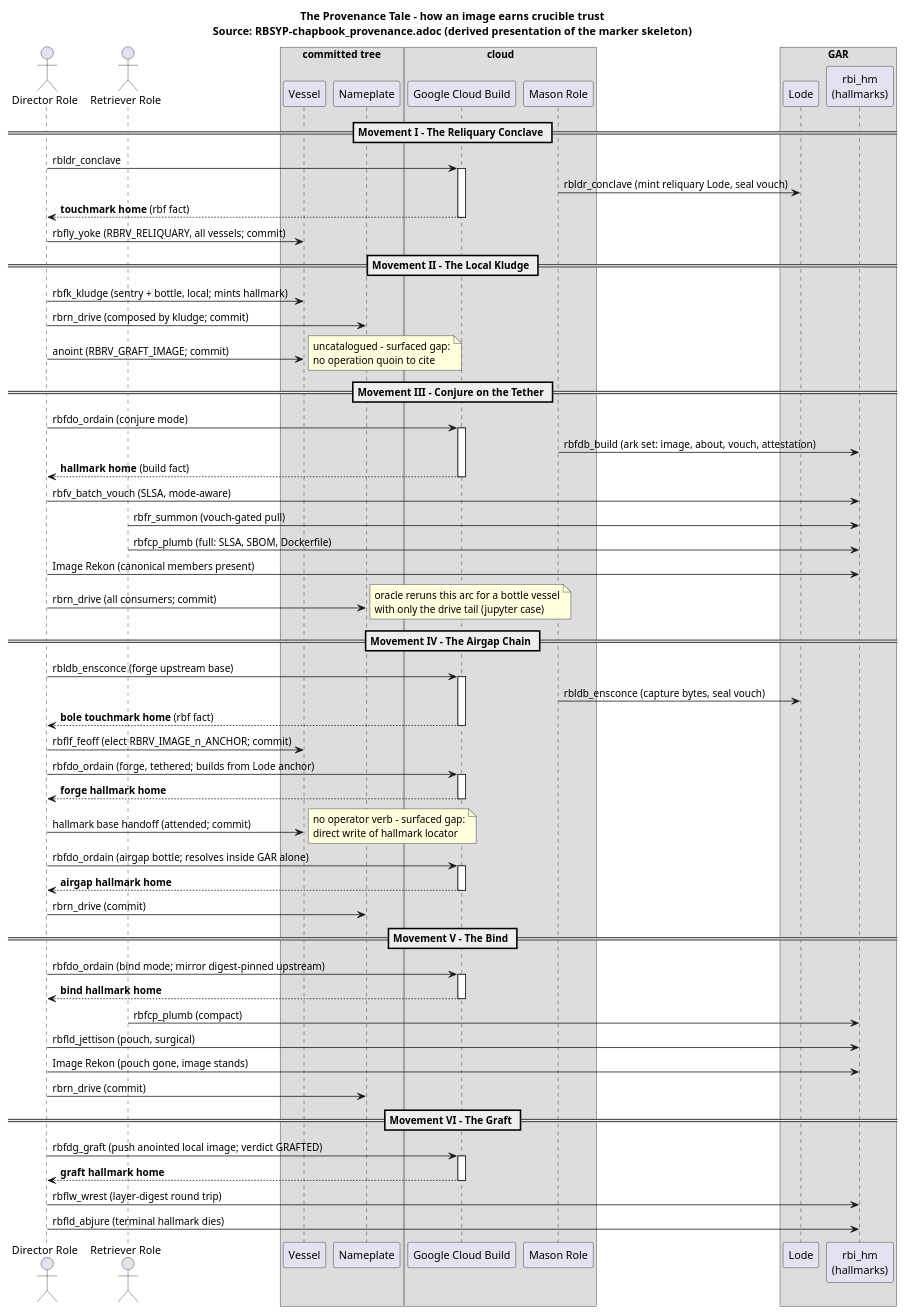
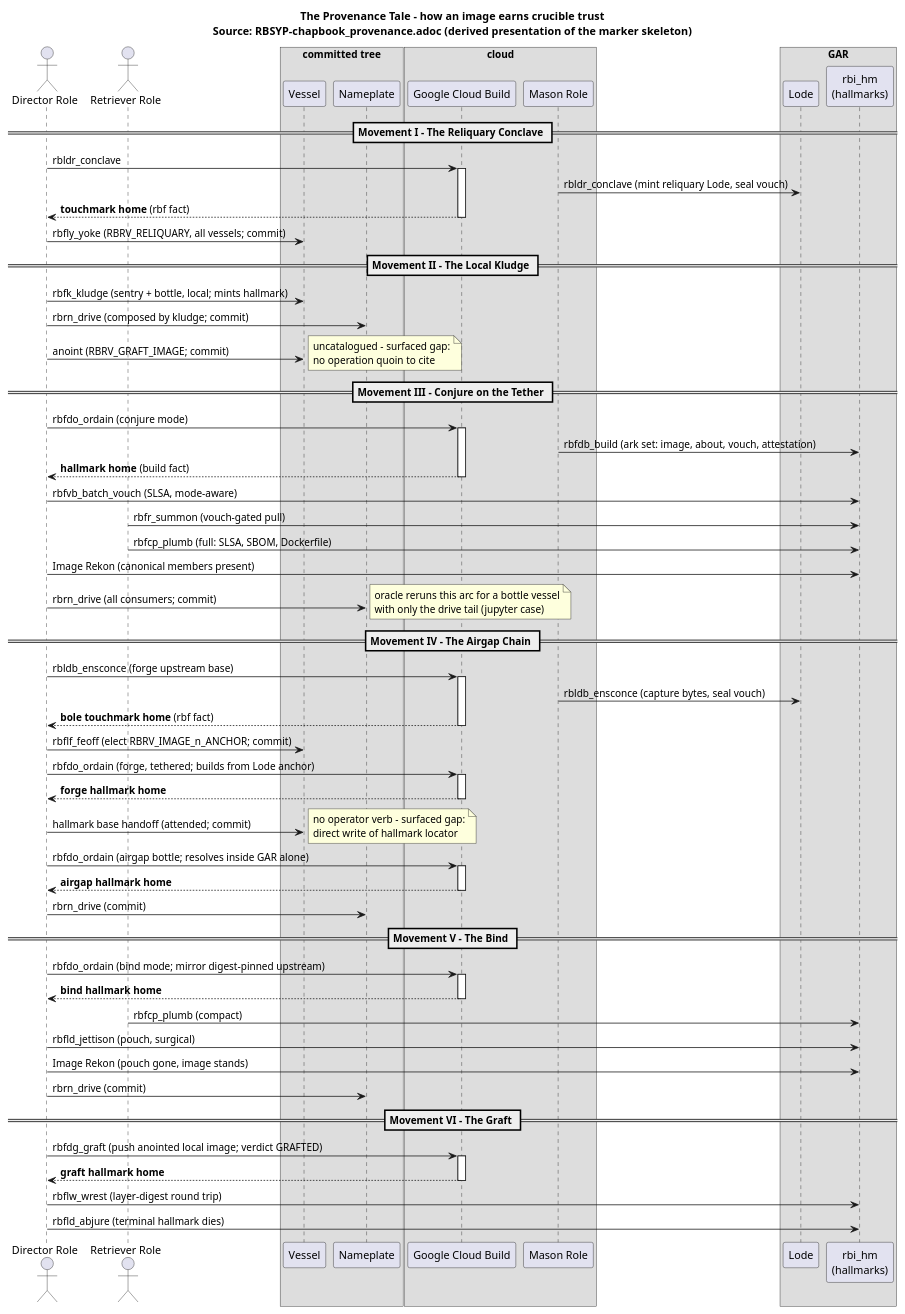
One commit to bhyslop/recipemuster changed the diagram in vov_veiled/diagrams/rbdgp_provenance-tale.puml. Above: the diagram before and after it, drawn with PlantUML. The commit also changed 12 other files, not shown here.

```diff
--- a/vov_veiled/diagrams/rbdgp_provenance-tale.puml
+++ b/vov_veiled/diagrams/rbdgp_provenance-tale.puml
@@ -1,89 +1,89 @@
 @startuml
 title The Provenance Tale - how an image earns crucible trust\nSource: RBSYP-chapbook_provenance.adoc (derived presentation of the marker skeleton)
 
 actor "Director Role" as DIR
 actor "Retriever Role" as RET
 box "committed tree"
 participant "Vessel" as VES
 participant "Nameplate" as NPL
 end box
 box "cloud"
 participant "Google Cloud Build" as GCB
 participant "Mason Role" as MAS
 end box
 box "GAR"
 participant "Lode" as LODE
 participant "rbi_hm\n(hallmarks)" as HM
 end box
 
 == Movement I - The Reliquary Conclave ==
 
 DIR -> GCB : rbldr_conclave
 activate GCB
 MAS -> LODE : rbldr_conclave (mint reliquary Lode, seal vouch)
 GCB --> DIR : **touchmark home** (rbf fact)
 deactivate GCB
 DIR -> VES : rbfly_yoke (RBRV_RELIQUARY, all vessels; commit)
 
 == Movement II - The Local Kludge ==
 
 DIR -> VES : rbfk_kludge (sentry + bottle, local; mints hallmark)
 DIR -> NPL : rbrn_drive (composed by kludge; commit)
 DIR -> VES : anoint (RBRV_GRAFT_IMAGE; commit)
 note right : uncatalogued - surfaced gap:\nno operation quoin to cite
 
 == Movement III - Conjure on the Tether ==
 
 DIR -> GCB : rbfdo_ordain (conjure mode)
 activate GCB
 MAS -> HM : rbfdb_build (ark set: image, about, vouch, attestation)
 GCB --> DIR : **hallmark home** (build fact)
 deactivate GCB
-DIR -> HM : rbfv_batch_vouch (SLSA, mode-aware)
+DIR -> HM : rbfvb_batch_vouch (SLSA, mode-aware)
 RET -> HM : rbfr_summon (vouch-gated pull)
 RET -> HM : rbfcp_plumb (full: SLSA, SBOM, Dockerfile)
 DIR -> HM : Image Rekon (canonical members present)
 DIR -> NPL : rbrn_drive (all consumers; commit)
 note right : oracle reruns this arc for a bottle vessel\nwith only the drive tail (jupyter case)
 
 == Movement IV - The Airgap Chain ==
 
 DIR -> GCB : rbldb_ensconce (forge upstream base)
 activate GCB
 MAS -> LODE : rbldb_ensconce (capture bytes, seal vouch)
 GCB --> DIR : **bole touchmark home** (rbf fact)
 deactivate GCB
 DIR -> VES : rbflf_feoff (elect RBRV_IMAGE_n_ANCHOR; commit)
 DIR -> GCB : rbfdo_ordain (forge, tethered; builds from Lode anchor)
 activate GCB
 GCB --> DIR : **forge hallmark home**
 deactivate GCB
 DIR -> VES : hallmark base handoff (attended; commit)
 note right : no operator verb - surfaced gap:\ndirect write of hallmark locator
 DIR -> GCB : rbfdo_ordain (airgap bottle; resolves inside GAR alone)
 activate GCB
 GCB --> DIR : **airgap hallmark home**
 deactivate GCB
 DIR -> NPL : rbrn_drive (commit)
 
 == Movement V - The Bind ==
 
 DIR -> GCB : rbfdo_ordain (bind mode; mirror digest-pinned upstream)
 activate GCB
 GCB --> DIR : **bind hallmark home**
 deactivate GCB
 RET -> HM : rbfcp_plumb (compact)
 DIR -> HM : rbfld_jettison (pouch, surgical)
 DIR -> HM : Image Rekon (pouch gone, image stands)
 DIR -> NPL : rbrn_drive (commit)
 
 == Movement VI - The Graft ==
 
 DIR -> GCB : rbfdg_graft (push anointed local image; verdict GRAFTED)
 activate GCB
 GCB --> DIR : **graft hallmark home**
 deactivate GCB
 DIR -> HM : rbflw_wrest (layer-digest round trip)
 DIR -> HM : rbfld_abjure (terminal hallmark dies)
 
 @enduml
```
